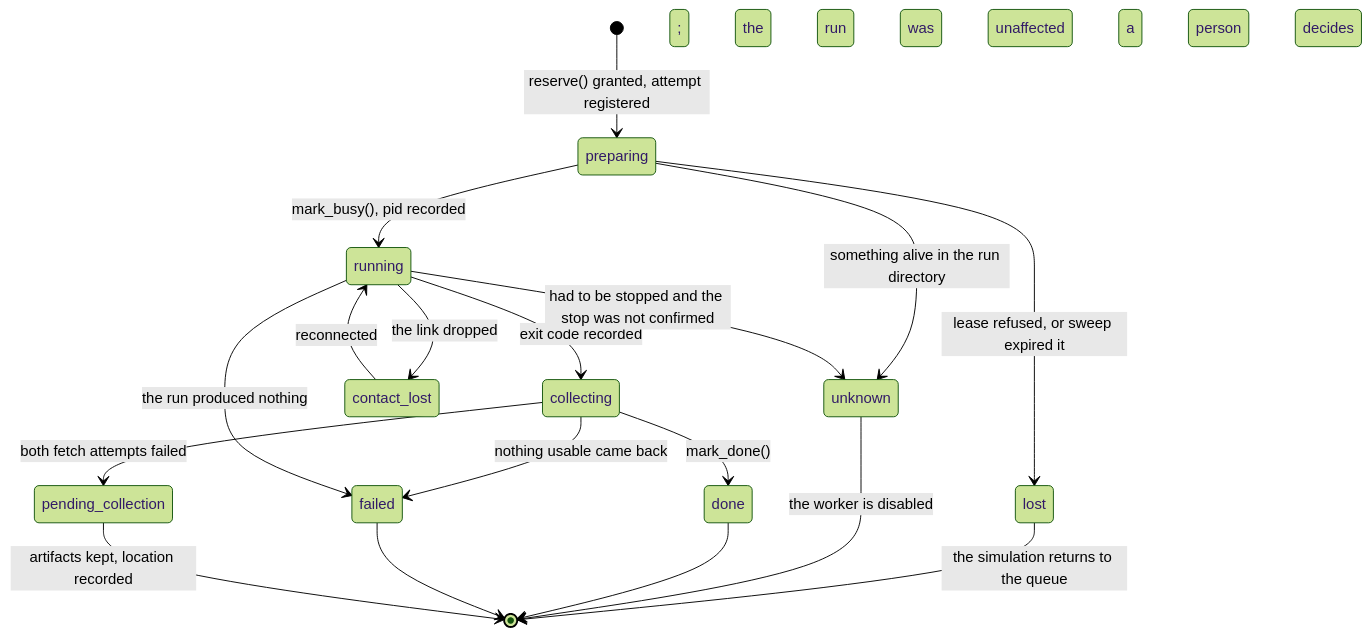
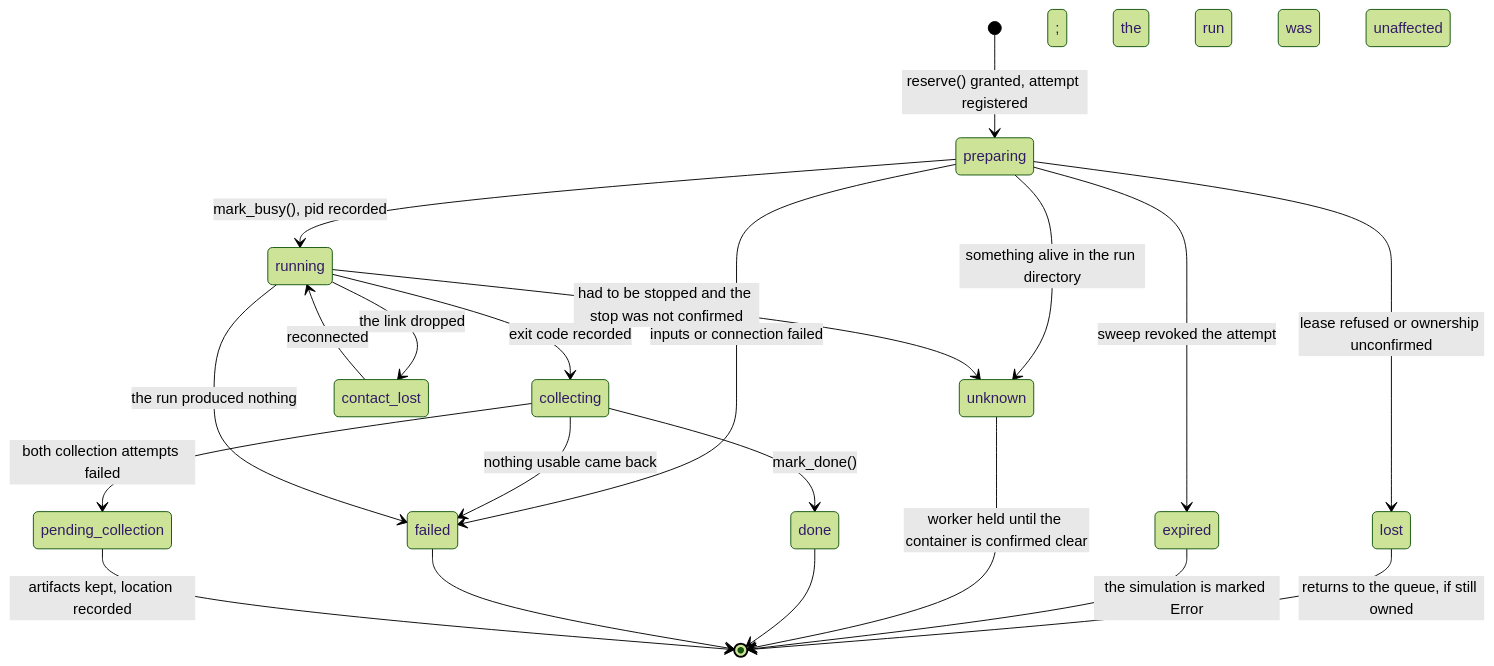
The second of 3 diagrams in master-node/README.md (JunioCesarFerreira/simlab), drawn with Mermaid (forest theme) before and after one commit. The commit also changed other lines of this file and 71 other files, not shown here.

````diff
--- a/master-node/README.md
+++ b/master-node/README.md
@@ -283,20 +300,23 @@
 ```mermaid
 stateDiagram-v2
     [*] --> preparing : reserve() granted, attempt registered
     preparing --> running : mark_busy(), pid recorded
-    preparing --> lost : lease refused, or sweep expired it
+    preparing --> lost : lease refused or ownership unconfirmed
+    preparing --> expired : sweep revoked the attempt
+    preparing --> failed : inputs or connection failed
     preparing --> unknown : something alive in the run directory
     running --> contact_lost : the link dropped
     contact_lost --> running : reconnected; the run was unaffected
     running --> collecting : exit code recorded
     running --> unknown : had to be stopped and the stop was not confirmed
     collecting --> done : mark_done()
-    collecting --> pending_collection : both fetch attempts failed
+    collecting --> pending_collection : both collection attempts failed
     collecting --> failed : nothing usable came back
     running --> failed : the run produced nothing
-    lost --> [*] : the simulation returns to the queue
-    unknown --> [*] : the worker is disabled; a person decides
+    lost --> [*] : returns to the queue, if still owned
+    expired --> [*] : the simulation is marked Error
+    unknown --> [*] : worker held until the container is confirmed clear
     done --> [*]
     failed --> [*]
     pending_collection --> [*] : artifacts kept, location recorded
 ```
````
